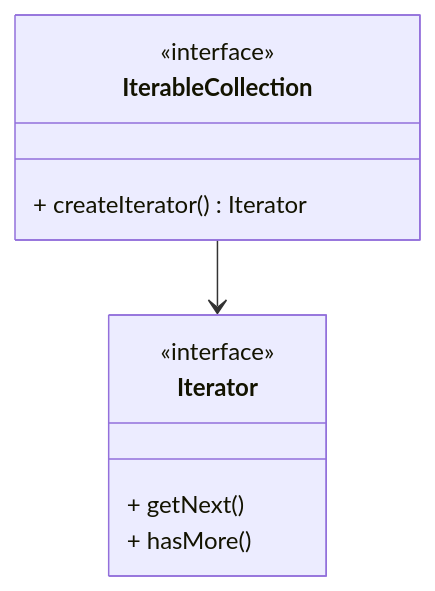
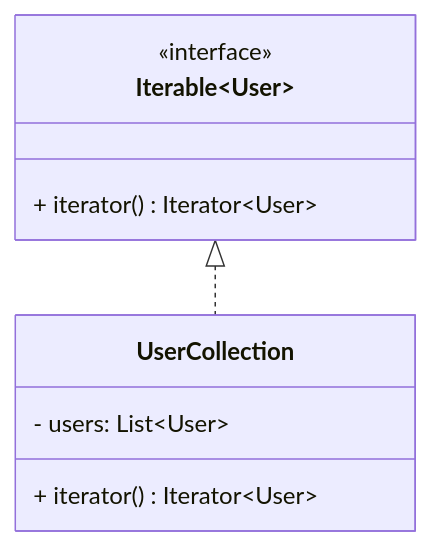
One commit to swapnilphalke97/Design-Pattern changed diagram 15 of 22 in Readme.md. Above: the diagram before and after it, drawn with Mermaid. The commit also changed other lines of this file, not shown here.

````diff
--- a/Readme.md
+++ b/Readme.md
@@ -625,13 +680,12 @@
 ```mermaid
 classDiagram
-    class Iterator {
+    class Iterable~User~ {
         <<interface>>
-        + getNext()
-        + hasMore()
+        + iterator() Iterator~User~
     }
-    class IterableCollection {
-        <<interface>>
-        + createIterator() Iterator
+    class UserCollection {
+        - users: List~User~
+        + iterator() Iterator~User~
     }
-    IterableCollection --> Iterator
+    Iterable~User~ <|.. UserCollection
 ```
````
